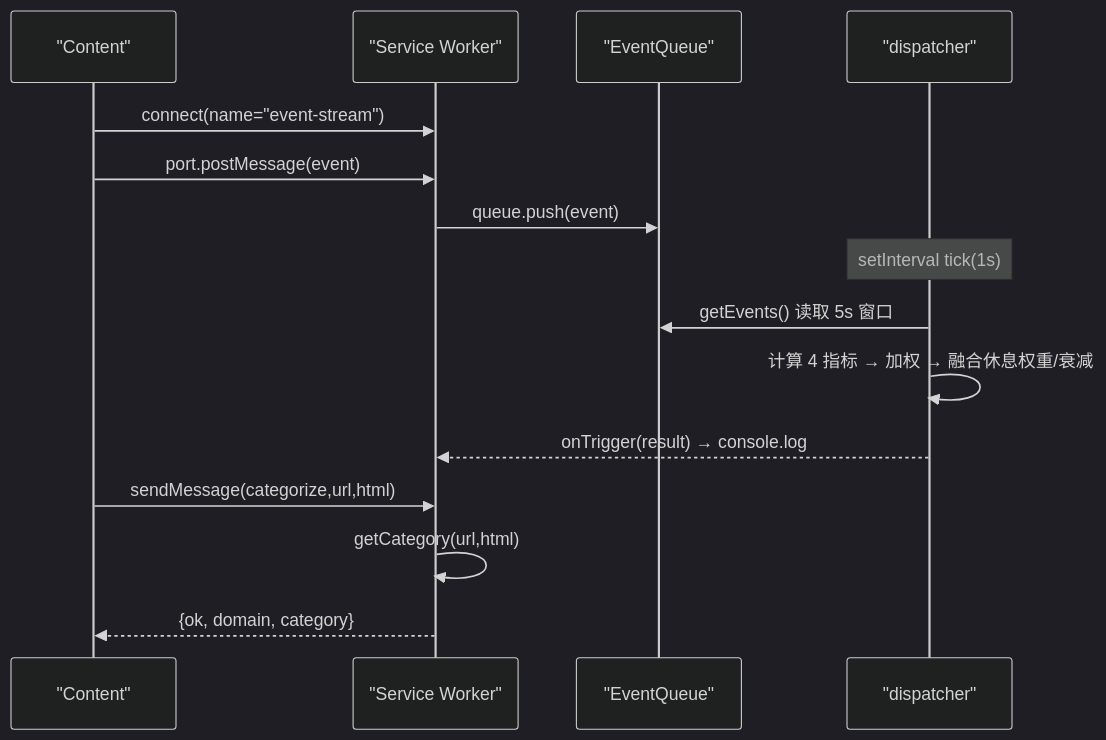
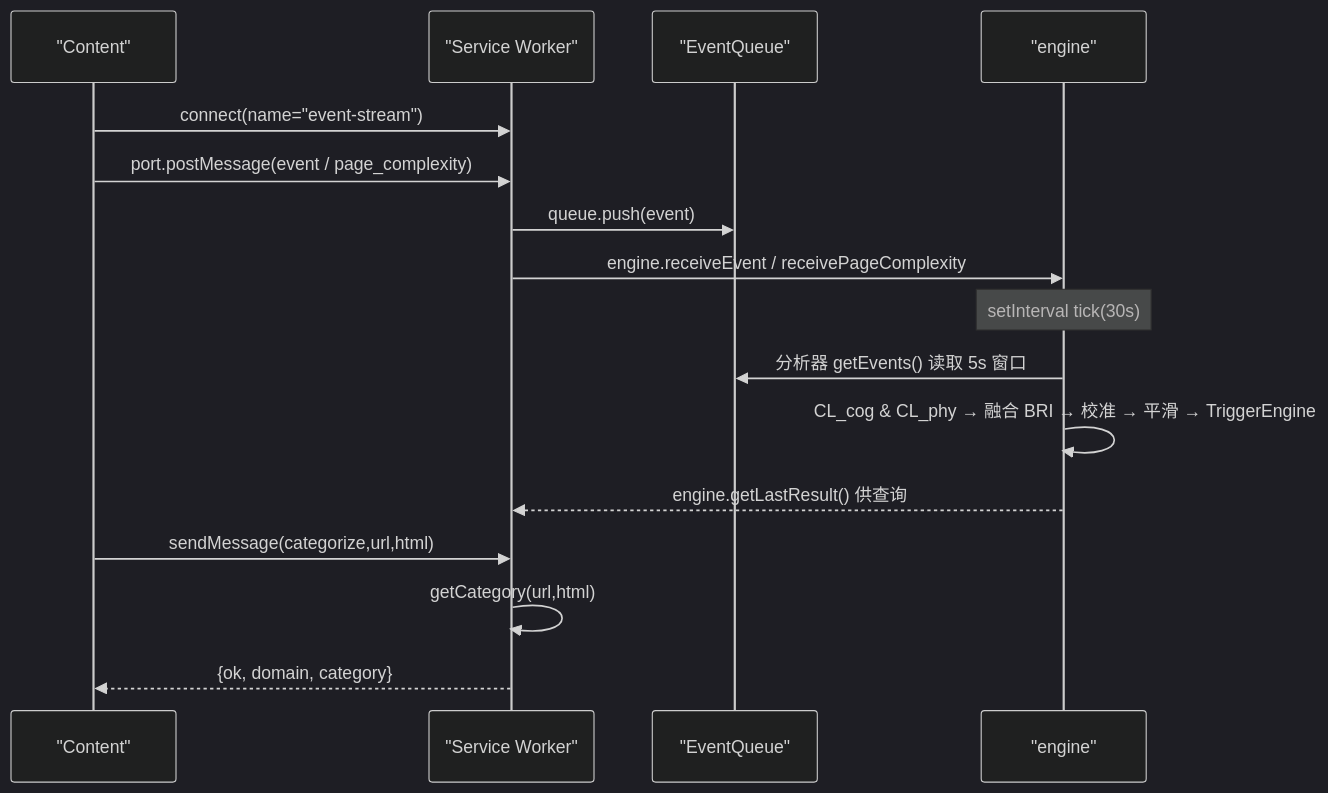
One commit to MingxuanGame/BrainRest changed the second of 2 diagrams in .qoder/repowiki/zh/content/开发指南.md. Above: the diagram before and after it, drawn with Mermaid (dark theme). The commit also changed other lines of this file and 70 other files, not shown here.

````diff
--- a/.qoder/repowiki/zh/content/开发指南.md
+++ b/.qoder/repowiki/zh/content/开发指南.md
@@ -78,17 +94,18 @@
 ```mermaid
 sequenceDiagram
 participant CT as "Content"
 participant SW as "Service Worker"
 participant Q as "EventQueue"
-participant D as "dispatcher"
+participant D as "engine"
 CT->>SW : connect(name="event-stream")
-CT->>SW : port.postMessage(event)
+CT->>SW : port.postMessage(event / page_complexity)
 SW->>Q : queue.push(event)
-Note over D : setInterval tick(1s)
-D->>Q : getEvents() 读取 5s 窗口
-D->>D : 计算 4 指标 → 加权 → 融合休息权重/衰减
-D-->>SW : onTrigger(result) → console.log
+SW->>D : engine.receiveEvent / receivePageComplexity
+Note over D : setInterval tick(30s)
+D->>Q : 分析器 getEvents() 读取 5s 窗口
+D->>D : CL_cog & CL_phy → 融合 BRI → 校准 → 平滑 → TriggerEngine
+D-->>SW : engine.getLastResult() 供查询
 CT->>SW : sendMessage(categorize,url,html)
 SW->>SW : getCategory(url,html)
 SW-->>CT : {ok, domain, category}
 ```
````
